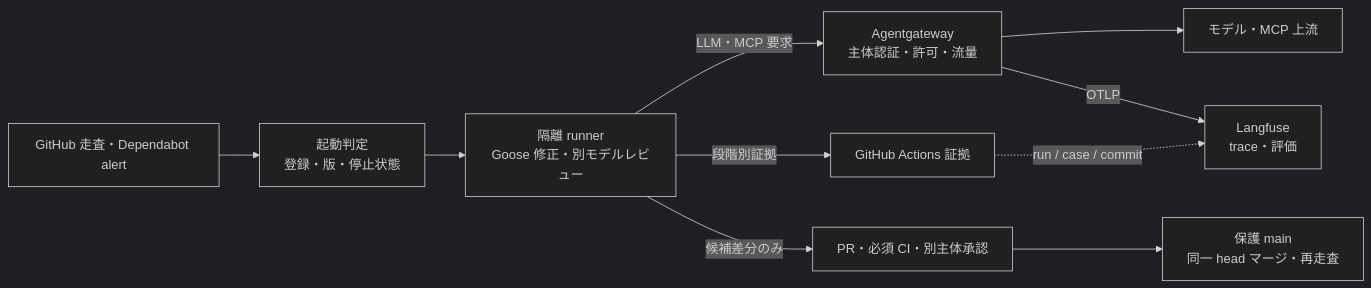
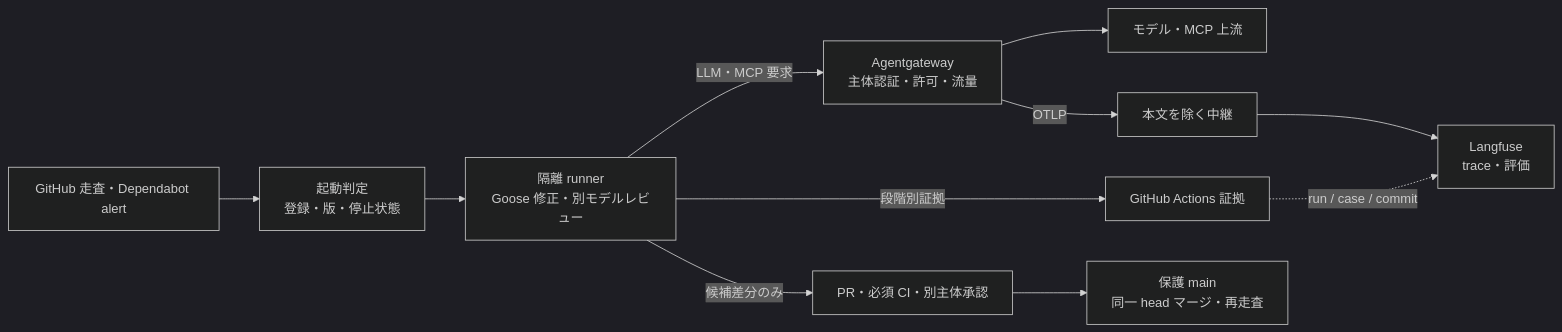
One commit to yomote/tech-playground changed the diagram in docs/ai-platform-v38/goose-security-control-plane-20261114.md. Above: the diagram before and after it, drawn with Mermaid (dark theme). The commit also changed other lines of this file and 9 other files, not shown here.

````diff
--- a/docs/ai-platform-v38/goose-security-control-plane-20261114.md
+++ b/docs/ai-platform-v38/goose-security-control-plane-20261114.md
@@ -16,12 +16,13 @@
 ```mermaid
 flowchart LR
   A[GitHub 走査・Dependabot alert] --> B[起動判定<br/>登録・版・停止状態]
   B --> C[隔離 runner<br/>Goose 修正・別モデルレビュー]
   C -->|LLM・MCP 要求| D[Agentgateway<br/>主体認証・許可・流量]
   D --> E[モデル・MCP 上流]
-  D -->|OTLP| F[Langfuse<br/>trace・評価]
+  D -->|OTLP| J[本文を除く中継]
+  J --> F[Langfuse<br/>trace・評価]
   C -->|段階別証拠| G[GitHub Actions 証拠]
   C -->|候補差分のみ| H[PR・必須 CI・別主体承認]
   H --> I[保護 main<br/>同一 head マージ・再走査]
   G -. run / case / commit .-> F
 ```
````
